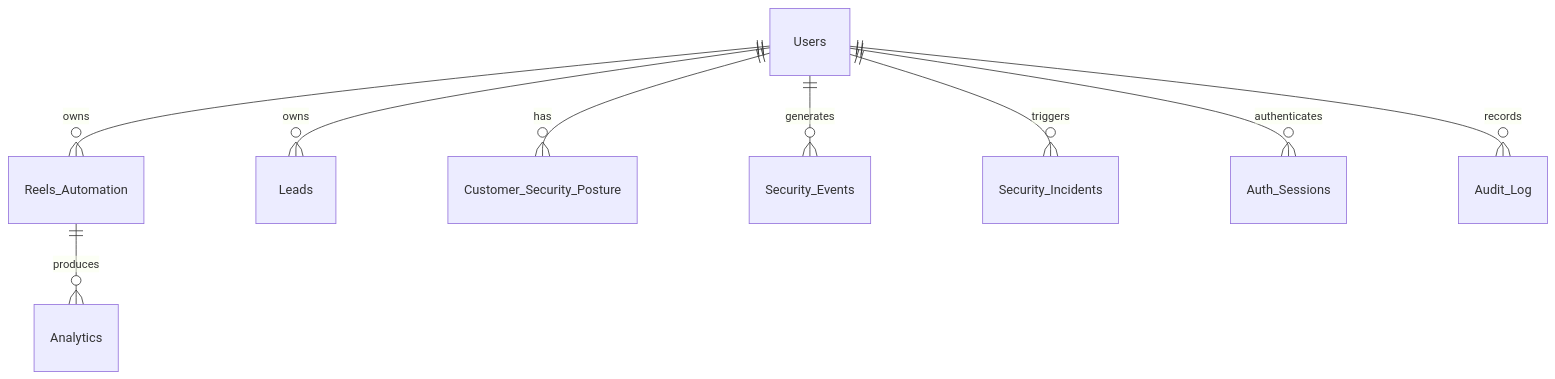
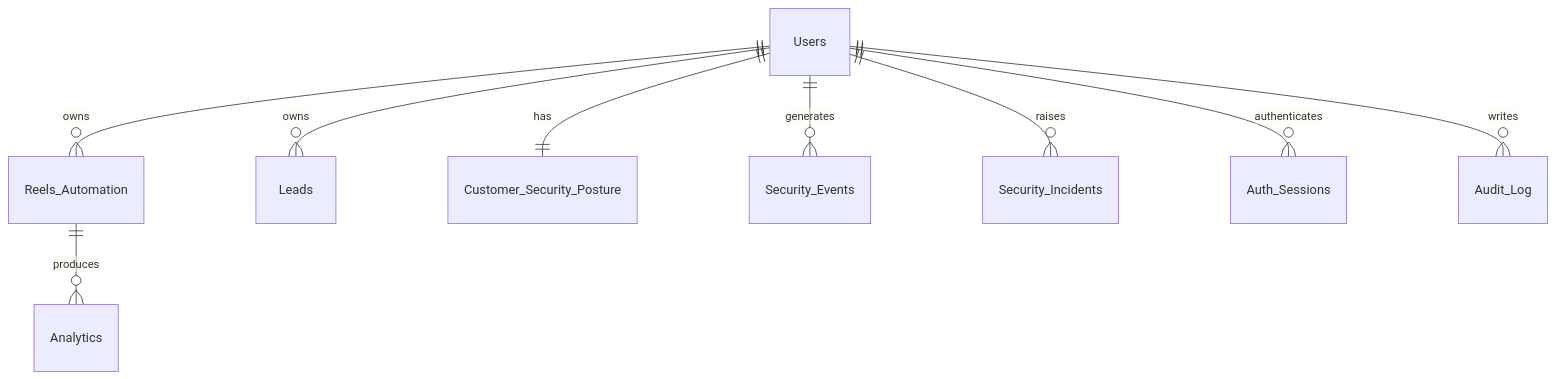
The second of 2 diagrams in project_blueprint.md (shyam-s9/GoLink-IG), drawn with Mermaid before and after one commit. The commit also changed other lines of this file and 51 other files, not shown here.

````diff
--- a/project_blueprint.md
+++ b/project_blueprint.md
@@ -99,11 +185,11 @@
 ```mermaid
 erDiagram
     Users ||--o{ Reels_Automation : owns
     Users ||--o{ Leads : owns
-    Users ||--o{ Customer_Security_Posture : has
+    Users ||--|| Customer_Security_Posture : has
     Users ||--o{ Security_Events : generates
-    Users ||--o{ Security_Incidents : triggers
+    Users ||--o{ Security_Incidents : raises
     Users ||--o{ Auth_Sessions : authenticates
-    Users ||--o{ Audit_Log : records
+    Users ||--o{ Audit_Log : writes
     Reels_Automation ||--o{ Analytics : produces
 ```
````
